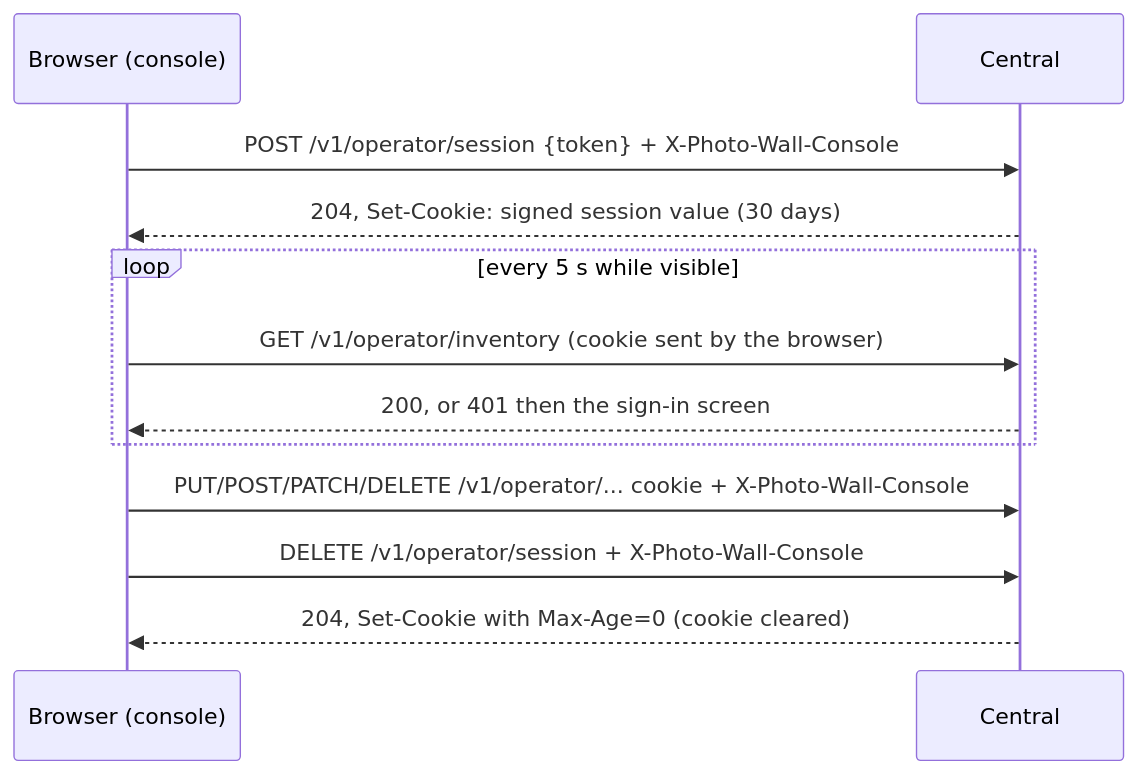
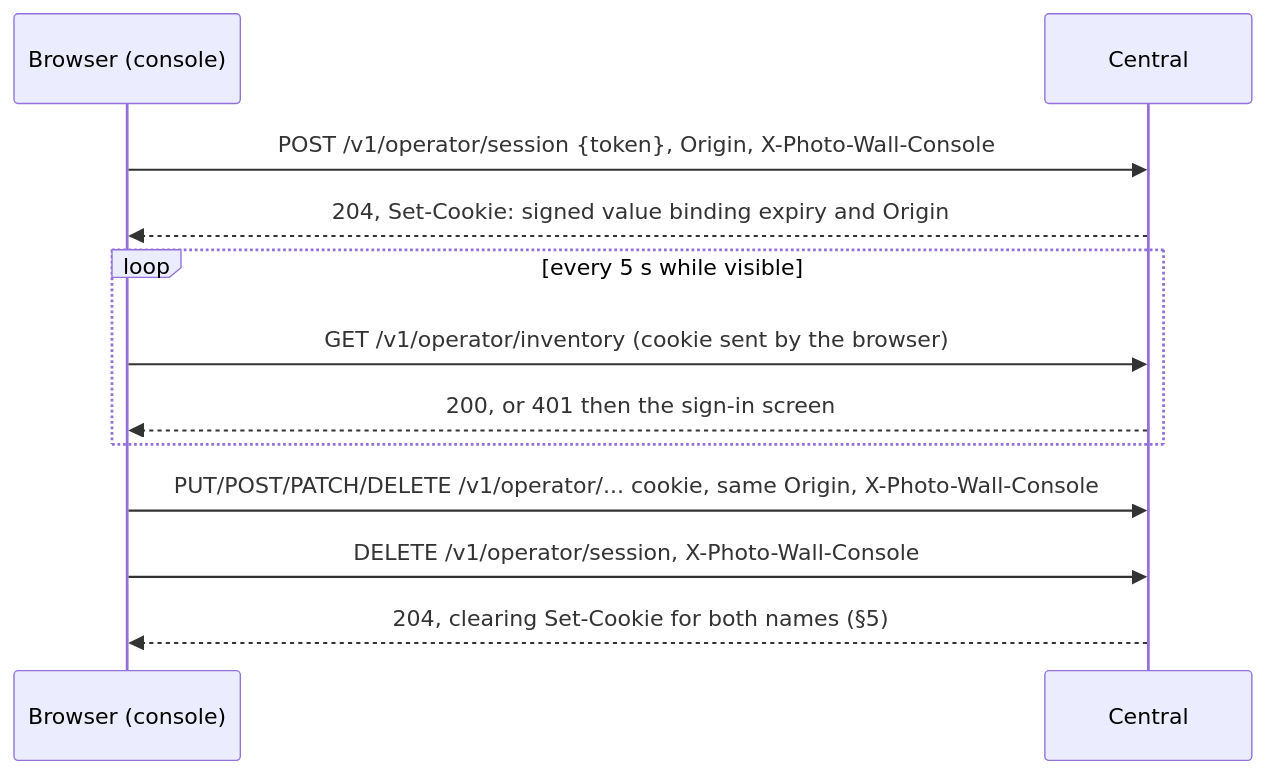
Before and after one commit to mcurcio/photo-wall: the first of 2 diagrams in docs/operator-console-ux-pass2-session.md, drawn with Mermaid. The commit also changed other lines of this file, not shown here.

Commit message:
docs(console): pass A design revised against security review (scrypt key, total codec, origin binding, __Host-)

````diff
--- a/docs/operator-console-ux-pass2-session.md
+++ b/docs/operator-console-ux-pass2-session.md
@@ -20,14 +21,14 @@
 ```mermaid
 sequenceDiagram
   participant B as Browser (console)
   participant C as Central
-  B->>C: POST /v1/operator/session {token} + X-Photo-Wall-Console
-  C-->>B: 204, Set-Cookie: signed session value (30 days)
+  B->>C: POST /v1/operator/session {token}, Origin, X-Photo-Wall-Console
+  C-->>B: 204, Set-Cookie: signed value binding expiry and Origin
   loop every 5 s while visible
     B->>C: GET /v1/operator/inventory (cookie sent by the browser)
     C-->>B: 200, or 401 then the sign-in screen
   end
-  B->>C: PUT/POST/PATCH/DELETE /v1/operator/... cookie + X-Photo-Wall-Console
-  B->>C: DELETE /v1/operator/session + X-Photo-Wall-Console
-  C-->>B: 204, Set-Cookie with Max-Age=0 (cookie cleared)
+  B->>C: PUT/POST/PATCH/DELETE /v1/operator/... cookie, same Origin, X-Photo-Wall-Console
+  B->>C: DELETE /v1/operator/session, X-Photo-Wall-Console
+  C-->>B: 204, clearing Set-Cookie for both names (§5)
 ```
````
